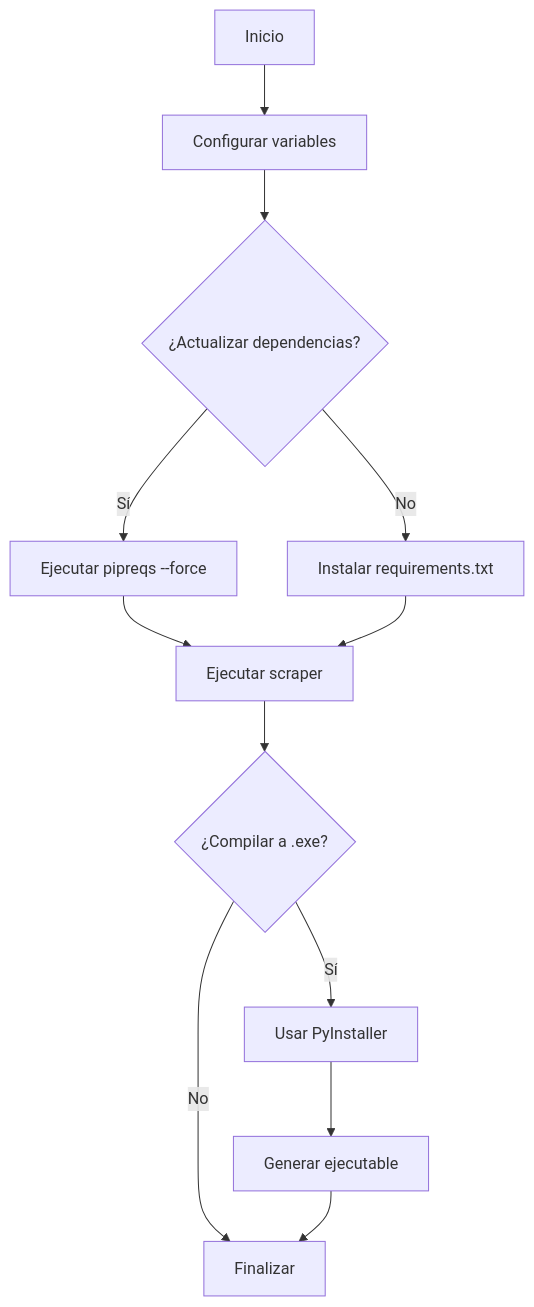
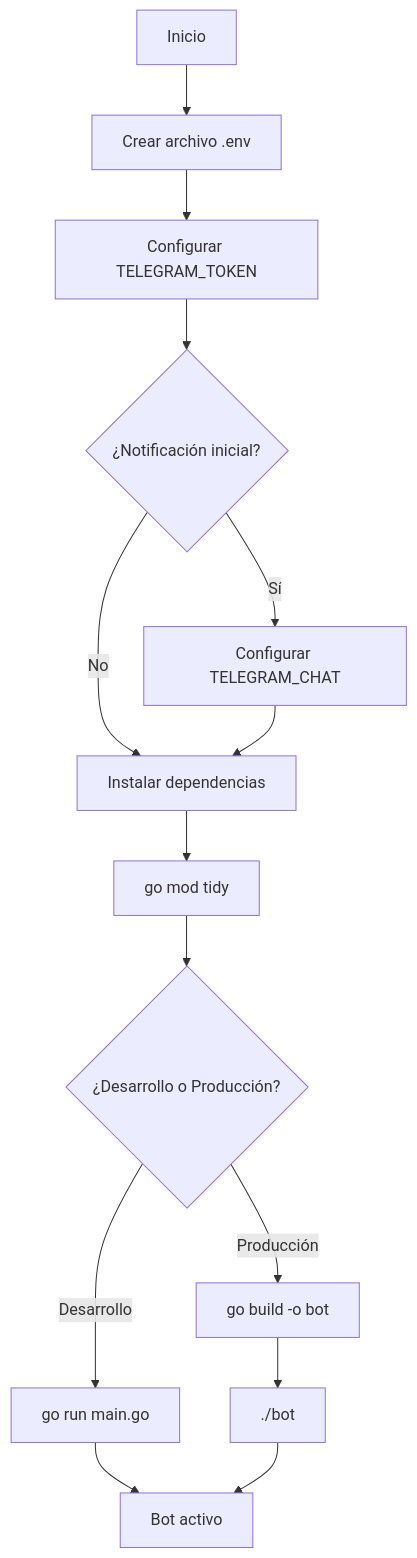
The first of 3 diagrams in README.md (MartinCiro/telegram_go), drawn with Mermaid before and after one commit. The commit also changed other lines of this file and 3 other files, not shown here.

````diff
--- a/README.md
+++ b/README.md
@@ -63,14 +161,16 @@
 ```mermaid
 graph TD
-    A[Inicio] --> B[Configurar variables]
-    B --> C{¿Actualizar dependencias?}
-    C -->|Sí| D[Ejecutar pipreqs --force]
-    C -->|No| E[Instalar requirements.txt]
-    D --> F[Ejecutar scraper]
+    A[Inicio] --> B[Crear archivo .env]
+    B --> C[Configurar TELEGRAM_TOKEN]
+    C --> D{¿Notificación inicial?}
+    D -->|Sí| E[Configurar TELEGRAM_CHAT]
+    D -->|No| F[Instalar dependencias]
     E --> F
-    F --> G{¿Compilar a .exe?}
-    G -->|Sí| H[Usar PyInstaller]
-    G -->|No| J[Finalizar]
-    H --> I[Generar ejecutable]
-    I --> J
+    F --> G[go mod tidy]
+    G --> H{¿Desarrollo o Producción?}
+    H -->|Desarrollo| I[go run main.go]
+    H -->|Producción| J[go build -o bot]
+    J --> K[./bot]
+    I --> L[Bot activo]
+    K --> L
 ```
````
